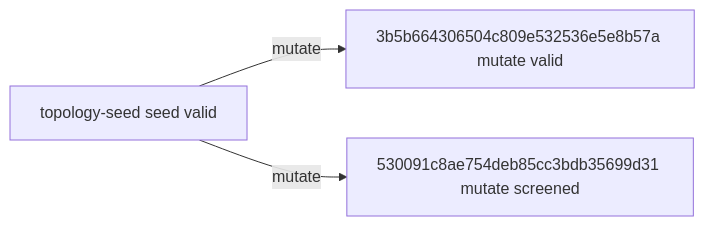
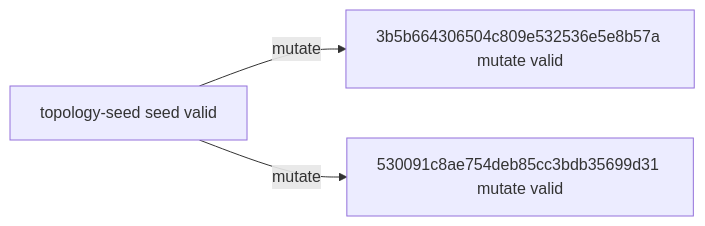
The diagram in experiments/campaigns/layout-numerical-lane1/README.md (timbtz/feyer-search-lab), drawn with Mermaid before and after one commit. The commit also changed other lines of this file and 7 other files, not shown here.

Commit message:
Record DAG campaign 530091c8ae754deb85cc3bdb35699d31-full

````diff
--- a/experiments/campaigns/layout-numerical-lane1/README.md
+++ b/experiments/campaigns/layout-numerical-lane1/README.md
@@ -21,8 +21,8 @@
 ```mermaid
 graph LR
   n0["topology-seed seed valid"]
   n1["3b5b664306504c809e532536e5e8b57a mutate valid"]
-  n2["530091c8ae754deb85cc3bdb35699d31 mutate screened"]
+  n2["530091c8ae754deb85cc3bdb35699d31 mutate valid"]
   n0 -->|mutate| n1
   n0 -->|mutate| n2
 ```
````
